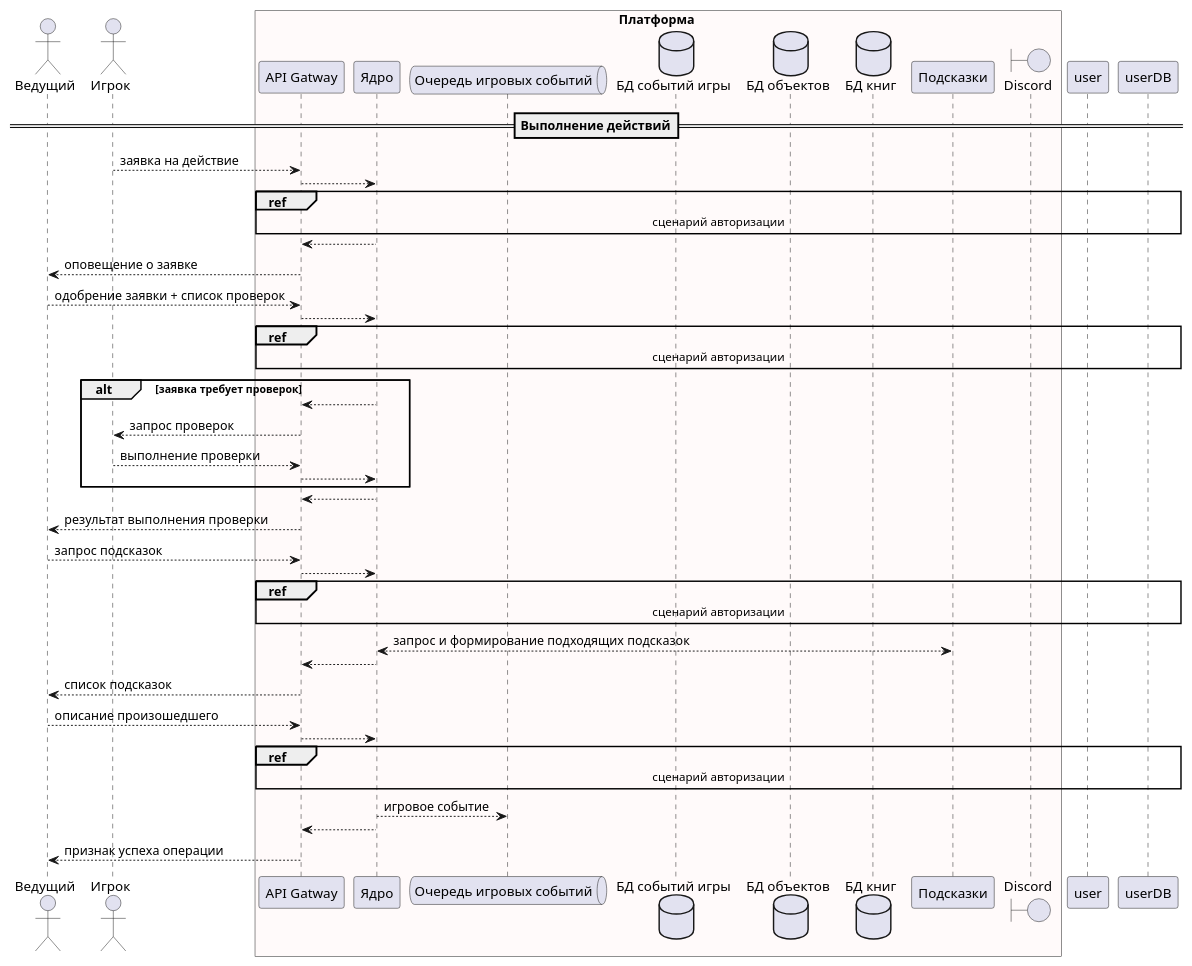
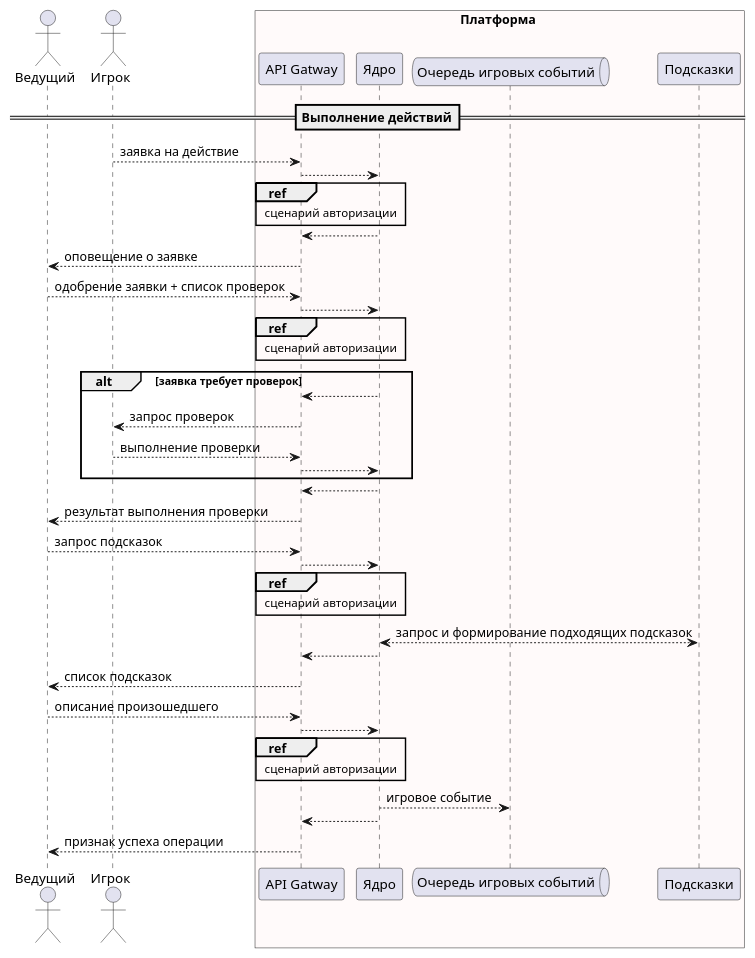
The diagram in chart/sequence/play_exploreOrDownTime.puml (butakovmv/d20e_arch), drawn with PlantUML before and after one commit. The commit also changed 3 other files, not shown here.

Commit message:
Диаграммы послеовательности

```diff
--- a/chart/sequence/play_exploreOrDownTime.puml
+++ b/chart/sequence/play_exploreOrDownTime.puml
@@ -1,49 +1,45 @@
 @startuml
 actor "Ведущий" as dm
 actor "Игрок" as player
 box Платформа #snow
 participant "API Gatway" as gateway
 participant "Ядро" as core
 queue "Очередь игровых событий" as eventQueue
-database "БД событий игры" as eventDB
-database "БД объектов" as objectDB
-database "БД книг" as bookDB
 participant "Подсказки" as hints
-boundary "Discord" as discord
 end box
 
 
 ==Выполнение действий==
 player --> gateway: заявка на действие
 gateway --> core
-ref over user, gateway, core, userDB: сценарий авторизации
+ref over gateway, core: сценарий авторизации
 core --> gateway
 gateway --> dm: оповещение о заявке
 
 dm --> gateway: одобрение заявки + список проверок
 gateway --> core
-ref over user, gateway, core, userDB: сценарий авторизации
+ref over gateway, core: сценарий авторизации
 alt заявка требует проверок
 core --> gateway
 gateway --> player: запрос проверок
 player --> gateway: выполнение проверки
 gateway --> core
 end
 core --> gateway
 gateway --> dm: результат выполнения проверки
 
 dm --> gateway: запрос подсказок
 gateway --> core
-ref over user, gateway, core, userDB: сценарий авторизации
+ref over gateway, core: сценарий авторизации
 core <--> hints: запрос и формирование подходящих подсказок
 core --> gateway
 gateway --> dm: список подсказок
 
 dm --> gateway: описание произошедшего
 gateway --> core
-ref over user, gateway, core, userDB: сценарий авторизации
+ref over gateway, core: сценарий авторизации
 core --> eventQueue: игровое событие
 core --> gateway
 gateway --> dm: признак успеха операции
 
 @enduml
```
